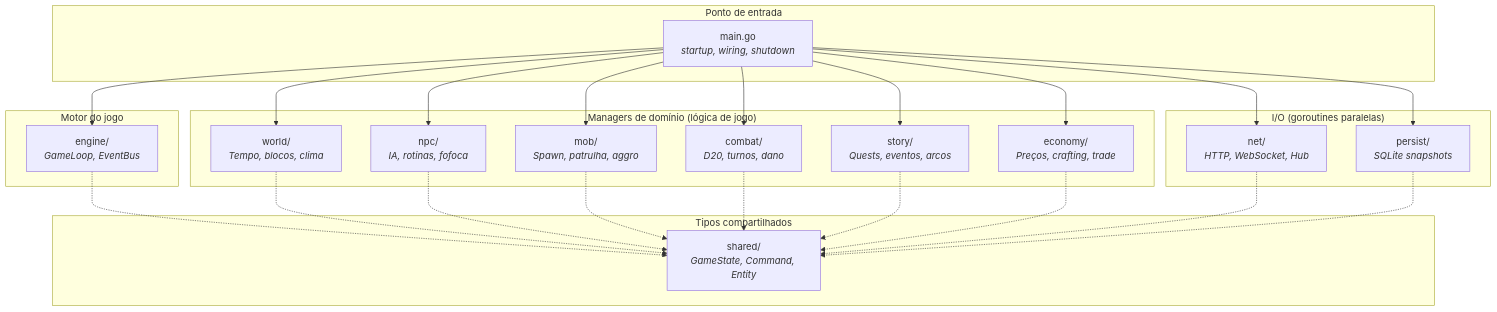
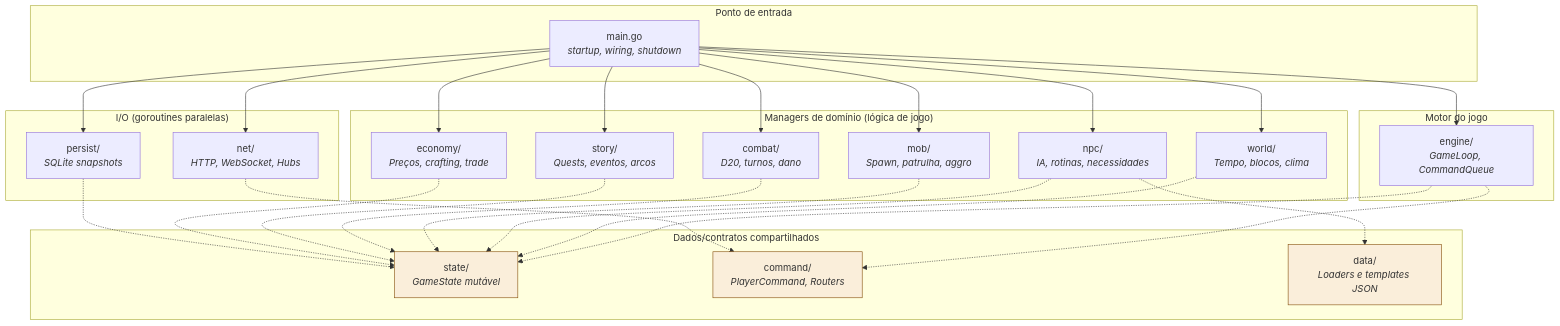
Before and after one commit to sidinei-silva/eras-do-brasil-game: the diagram in docs/architecture/01-package-map.md, drawn with Mermaid. The commit also changed other lines of this file and 5 other files, not shown here.

````diff
--- a/docs/architecture/01-package-map.md
+++ b/docs/architecture/01-package-map.md
@@ -7,48 +8,56 @@
 ```mermaid
 graph TD
     subgraph "Ponto de entrada"
         MAIN["main.go<br/><i>startup, wiring, shutdown</i>"]
     end
 
     subgraph "Motor do jogo"
-        ENGINE["engine/<br/><i>GameLoop, EventBus</i>"]
+        ENGINE["engine/<br/><i>GameLoop, CommandQueue</i>"]
     end
 
     subgraph "Managers de domínio (lógica de jogo)"
         WORLD["world/<br/><i>Tempo, blocos, clima</i>"]
-        NPC["npc/<br/><i>IA, rotinas, fofoca</i>"]
+        NPC["npc/<br/><i>IA, rotinas, necessidades</i>"]
         MOB["mob/<br/><i>Spawn, patrulha, aggro</i>"]
         COMBAT["combat/<br/><i>D20, turnos, dano</i>"]
         STORY["story/<br/><i>Quests, eventos, arcos</i>"]
         ECONOMY["economy/<br/><i>Preços, crafting, trade</i>"]
     end
 
     subgraph "I/O (goroutines paralelas)"
-        NET["net/<br/><i>HTTP, WebSocket, Hub</i>"]
+        NET["net/<br/><i>HTTP, WebSocket, Hubs</i>"]
         PERSIST["persist/<br/><i>SQLite snapshots</i>"]
     end
 
-    subgraph "Tipos compartilhados"
-        SHARED["shared/<br/><i>GameState, Command, Entity</i>"]
+    subgraph "Dados/contratos compartilhados"
+        STATE["state/<br/><i>GameState mutável</i>"]
+        COMMAND["command/<br/><i>PlayerCommand, Routers</i>"]
+        DATA["data/<br/><i>Loaders e templates JSON</i>"]
     end
 
     MAIN --> ENGINE
     MAIN --> WORLD
     MAIN --> NPC
     MAIN --> MOB
     MAIN --> COMBAT
     MAIN --> STORY
     MAIN --> ECONOMY
     MAIN --> NET
     MAIN --> PERSIST
 
-    ENGINE -.-> SHARED
-    WORLD -.-> SHARED
-    NPC -.-> SHARED
-    MOB -.-> SHARED
-    COMBAT -.-> SHARED
-    STORY -.-> SHARED
-    ECONOMY -.-> SHARED
-    NET -.-> SHARED
-    PERSIST -.-> SHARED
+    ENGINE -.-> STATE
+    ENGINE -.-> COMMAND
+    WORLD -.-> STATE
+    NPC -.-> STATE
+    NPC -.-> DATA
+    MOB -.-> STATE
+    COMBAT -.-> STATE
+    STORY -.-> STATE
+    ECONOMY -.-> STATE
+    NET -.-> COMMAND
+    PERSIST -.-> STATE
+
+    style STATE fill:#FAEEDA,stroke:#854F0B
+    style COMMAND fill:#FAEEDA,stroke:#854F0B
+    style DATA fill:#FAEEDA,stroke:#854F0B
 ```
````
